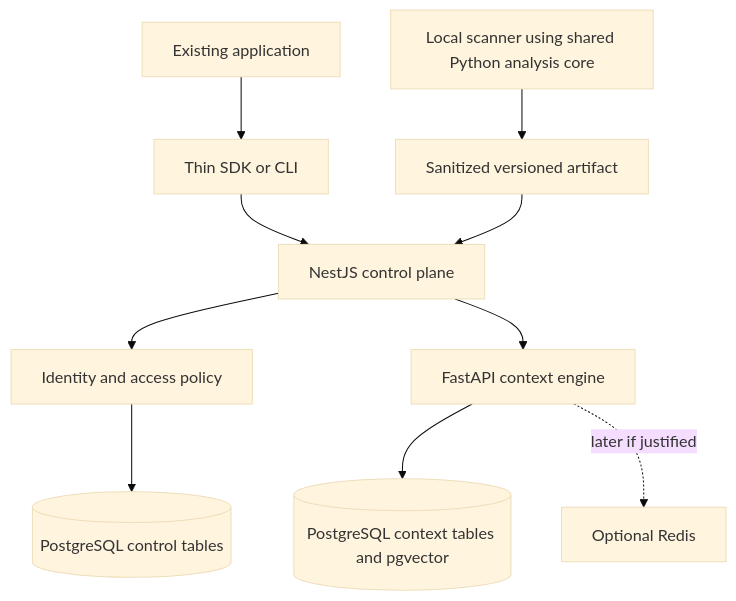
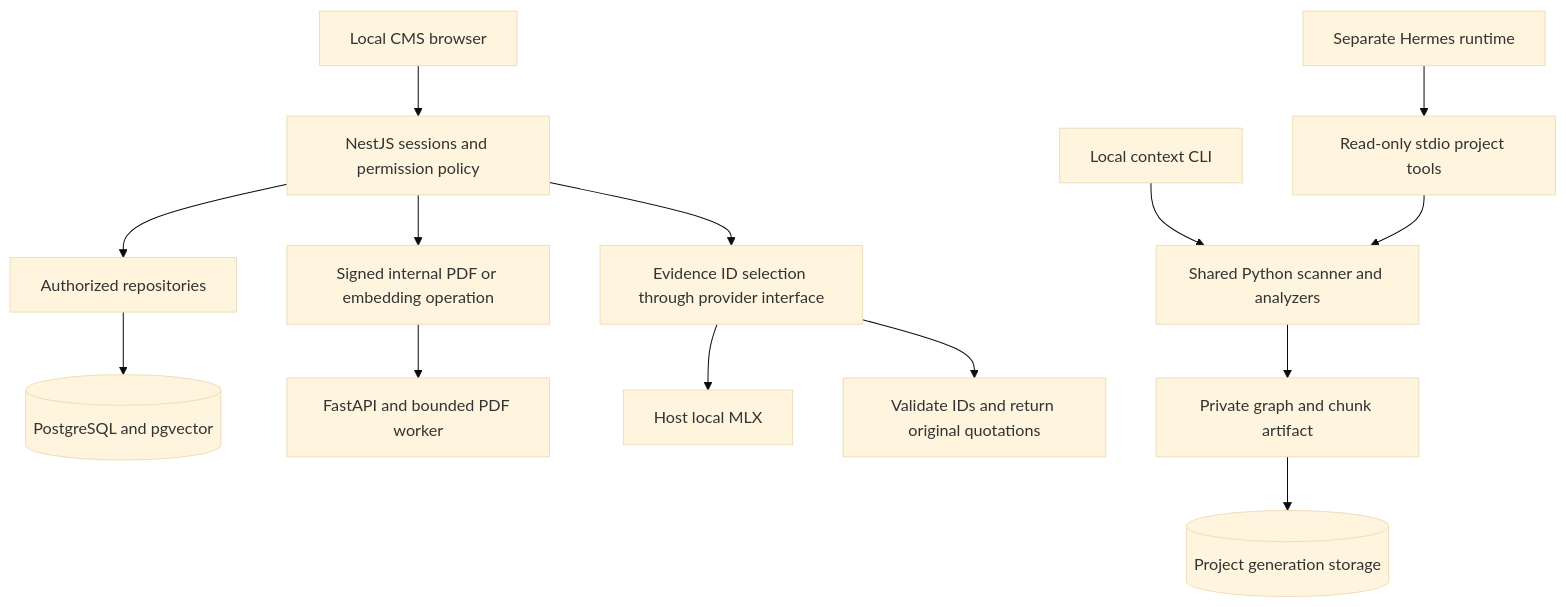
Before and after one commit to iamsujanstha/AI-Infrastructure-Engineer-Project: the diagram in docs/architecture/system.md, drawn with Mermaid (base theme). The commit also changed other lines of this file and 127 other files, not shown here.

Commit message:
feat: add people CMS, policy PDF RAG, OIDC integration, and Docker support

````diff
--- a/docs/architecture/system.md
+++ b/docs/architecture/system.md
@@ -41,12 +14,16 @@
-~~~mermaid
+```mermaid
 flowchart TD
-    App[Existing application] --> Client[Thin SDK or CLI]
-    Client --> API[NestJS control plane]
-    API --> Policy[Identity and access policy]
-    API --> Engine[FastAPI context engine]
-    Policy --> Control[(PostgreSQL control tables)]
-    Engine --> Context[(PostgreSQL context tables and pgvector)]
-    Local[Local scanner using shared Python analysis core] --> Artifact[Sanitized versioned artifact]
-    Artifact --> API
-    Engine -. later if justified .-> Redis[Optional Redis]
-~~~
+    Browser[Local CMS browser] --> Nest[NestJS sessions and permission policy]
+    Nest --> Repo[Authorized repositories]
+    Repo --> DB[(PostgreSQL and pgvector)]
+    Nest --> Compute[Signed internal PDF or embedding operation]
+    Compute --> Python[FastAPI and bounded PDF worker]
+    Nest --> Selector[Evidence ID selection through provider interface]
+    Selector --> MLX[Host local MLX]
+    Selector --> Quotes[Validate IDs and return original quotations]
+    CLI[Local context CLI] --> Core[Shared Python scanner and analyzers]
+    Core --> Artifact[Private graph and chunk artifact]
+    Artifact --> Project[(Project generation storage)]
+    Hermes[Separate Hermes runtime] --> MCP[Read-only stdio project tools]
+    MCP --> Core
+```
````
